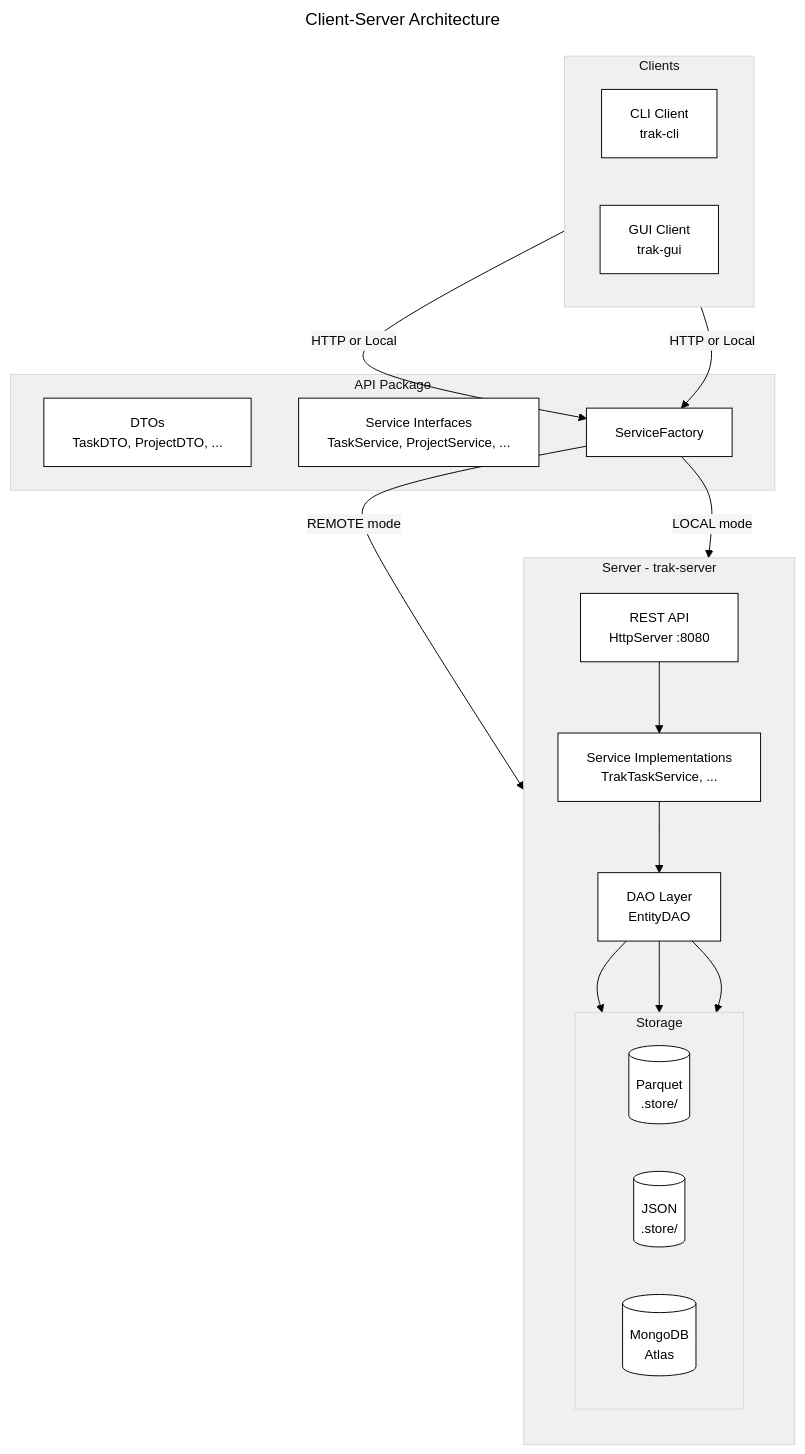
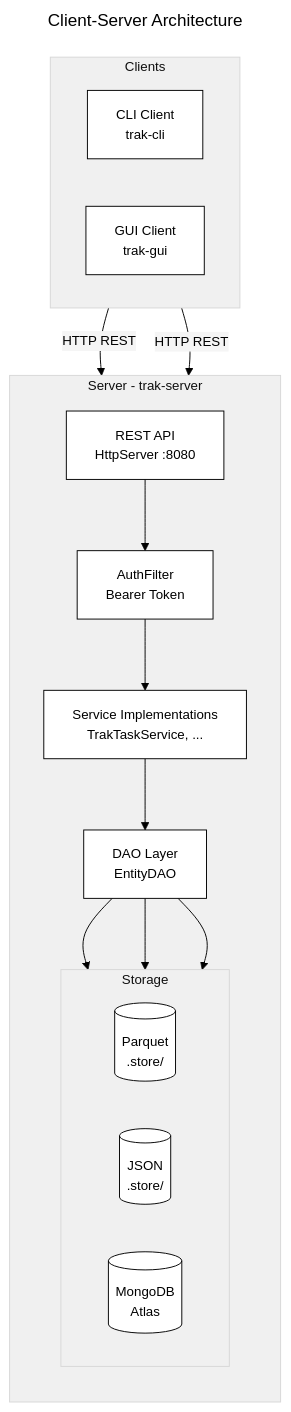
The first of 11 diagrams in docs/DIAGRAM.md (magana272/TaskTrac), drawn with Mermaid before and after one commit. The commit also changed 12 other files, not shown here.

First line of the commit message:
Fix architecture diagrams to show HTTP-only communication, remove docs/change/

````diff
--- a/docs/DIAGRAM.md
+++ b/docs/DIAGRAM.md
@@ -5,50 +5,43 @@
 ```mermaid
 ---
 config:
   theme: base
   themeVariables:
     primaryColor: '#ffffff'
     primaryTextColor: '#000000'
     primaryBorderColor: '#000000'
     lineColor: '#000000'
     secondaryColor: '#f5f5f5'
     tertiaryColor: '#f0f0f0'
     fontFamily: 'Georgia, Times New Roman, serif'
     fontSize: '14px'
 title: Client-Server Architecture
 ---
 flowchart TB
     subgraph Clients
         direction LR
         CLI[CLI Client<br>trak-cli]
         GUI[GUI Client<br>trak-gui]
     end
 
-    subgraph Shared[API Package]
-        DTOs[DTOs<br>TaskDTO, ProjectDTO, ...]
-        Interfaces[Service Interfaces<br>TaskService, ProjectService, ...]
-        SF[ServiceFactory]
-    end
-
     subgraph Server[Server - trak-server]
         direction TB
         REST[REST API<br>HttpServer :8080]
+        AUTH[AuthFilter<br>Bearer Token]
         SVC[Service Implementations<br>TrakTaskService, ...]
         DAO[DAO Layer<br>EntityDAO]
         subgraph Storage
             direction LR
             PARQUET[(Parquet<br>.store/)]
             JSONDB[(JSON<br>.store/)]
             MONGODB[(MongoDB<br>Atlas)]
         end
-        REST --> SVC --> DAO
+        REST --> AUTH --> SVC --> DAO
         DAO --> PARQUET
         DAO --> JSONDB
         DAO --> MONGODB
     end
 
-    CLI -->|HTTP or Local| SF
-    GUI -->|HTTP or Local| SF
-    SF -->|REMOTE mode| REST
-    SF -->|LOCAL mode| SVC
+    CLI -->|"HTTP REST"| REST
+    GUI -->|"HTTP REST"| REST
 ```
````
